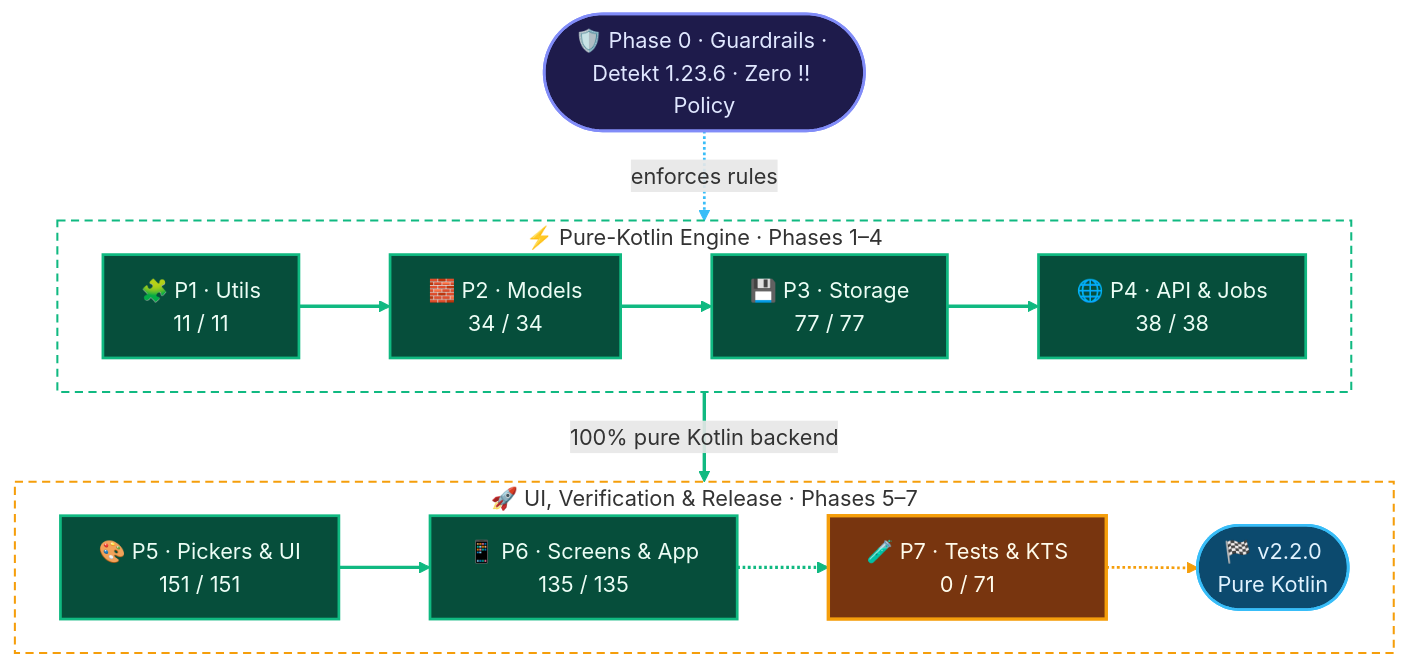
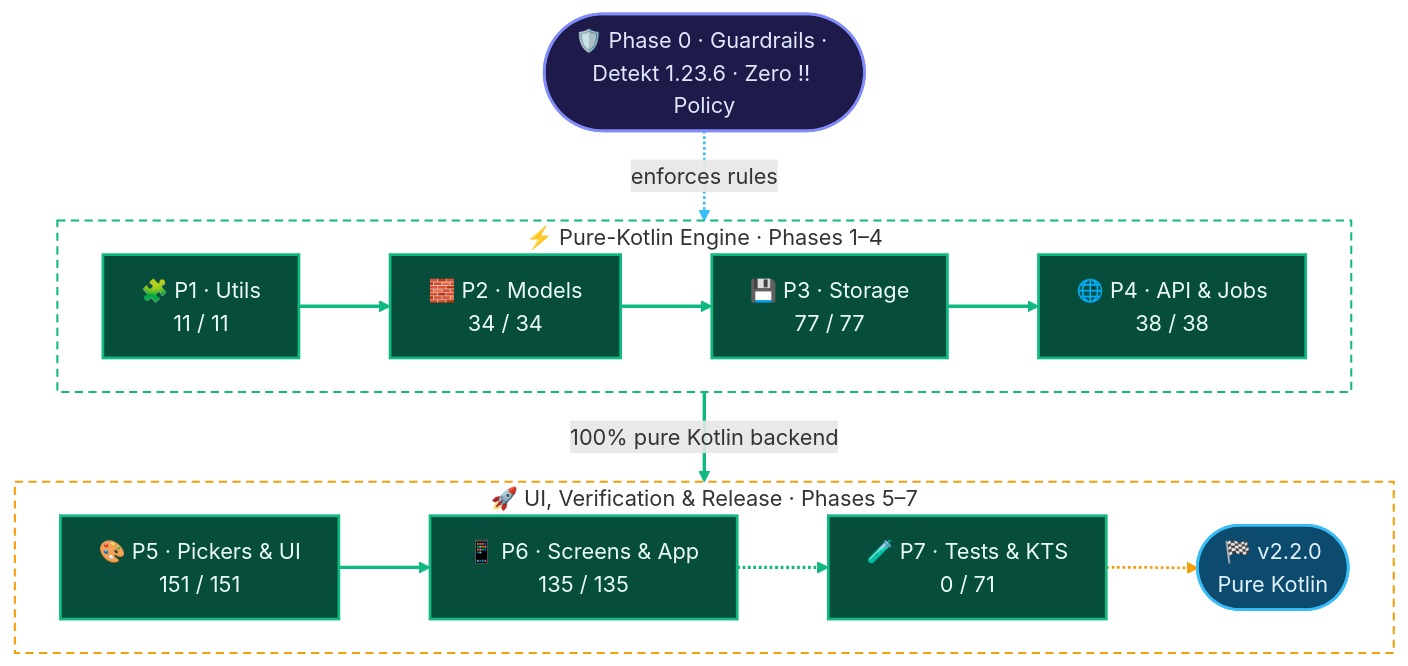
Before and after one commit to solomonrajan/cashledger: the first of 2 diagrams in KOTLIN_MIGRATION.mdx, drawn with Mermaid. The commit also changed other lines of this file and 2 other files, not shown here.

Commit message:
test(instrumented): migrate SQLDatabaseTest to pure Kotlin (100% Kotlin codebase)

````diff
--- a/KOTLIN_MIGRATION.mdx
+++ b/KOTLIN_MIGRATION.mdx
@@ -61,32 +61,32 @@
 ```mermaid
 %%{init: {"flowchart": {"curve": "basis", "nodeSpacing": 30, "rankSpacing": 42, "padding": 14}}}%%
 flowchart TB
     classDef gate fill:#1E1B4B,stroke:#818CF8,stroke-width:2px,color:#E0E7FF
     classDef complete fill:#064E3B,stroke:#10B981,stroke-width:2px,color:#ECFDF5
     classDef inprog fill:#78350F,stroke:#F59E0B,stroke-width:2.5px,color:#FFFBEB
     classDef pending fill:#0F172A,stroke:#64748B,stroke-width:1.5px,color:#CBD5E1
     classDef release fill:#0C4A6E,stroke:#38BDF8,stroke-width:2px,color:#E0F2FE
 
     P0(["🛡️ Phase 0 · Guardrails · Detekt 1.23.6 · Zero !! Policy"]):::gate
 
     subgraph CORE["⚡ Pure-Kotlin Engine · Phases 1–4"]
         direction LR
         P1["🧩 P1 · Utils<br/>11 / 11"]:::complete ==> P2["🧱 P2 · Models<br/>34 / 34"]:::complete ==> P3["💾 P3 · Storage<br/>77 / 77"]:::complete ==> P4["🌐 P4 · API & Jobs<br/>38 / 38"]:::complete
     end
 
     subgraph APP["🚀 UI, Verification & Release · Phases 5–7"]
         direction LR
-        P5["🎨 P5 · Pickers & UI<br/>151 / 151"]:::complete ==> P6["📱 P6 · Screens & App<br/>135 / 135"]:::complete -.-> P7["🧪 P7 · Tests & KTS<br/>0 / 71"]:::inprog -.-> TARGET(["🏁 v2.2.0<br/>Pure Kotlin"]):::release
+        P5["🎨 P5 · Pickers & UI<br/>151 / 151"]:::complete ==> P6["📱 P6 · Screens & App<br/>135 / 135"]:::complete -.-> P7["🧪 P7 · Tests & KTS<br/>0 / 71"]:::complete -.-> TARGET(["🏁 v2.2.0<br/>Pure Kotlin"]):::release
     end
 
     P0 -. enforces rules .-> CORE
     CORE ==>|100% pure Kotlin backend| APP
 
     style CORE fill:none,stroke:#10B981,stroke-width:1.5px,stroke-dasharray:6 4
     style APP fill:none,stroke:#F59E0B,stroke-width:1.5px,stroke-dasharray:6 4
 
     linkStyle 0,1,2,3,7 stroke:#10B981,stroke-width:2.5px
     linkStyle 4 stroke:#10B981,stroke-width:2.5px
     linkStyle 5 stroke:#F59E0B,stroke-width:2px
     linkStyle 6 stroke:#38BDF8,stroke-width:2px
 ```
````
